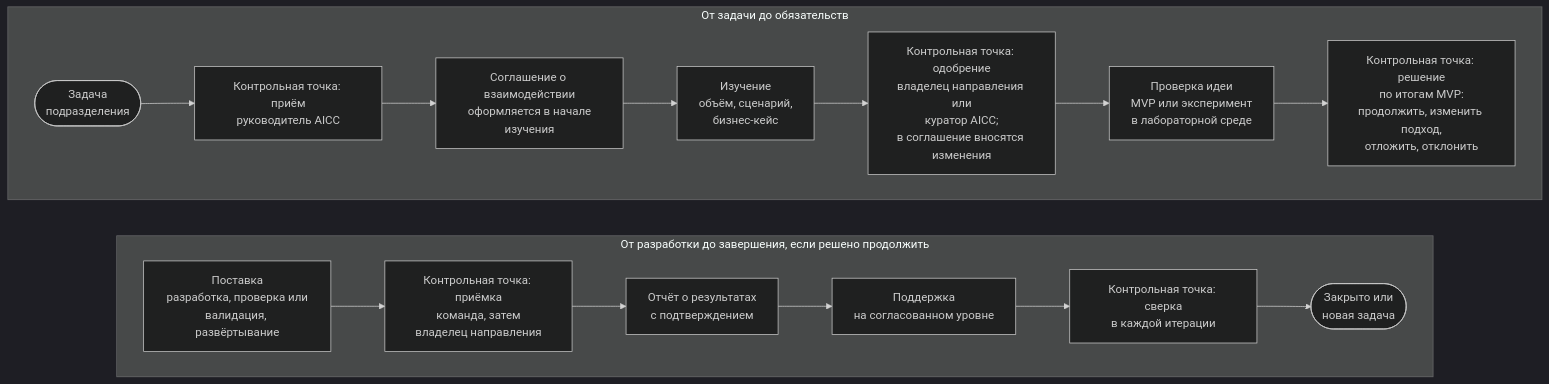
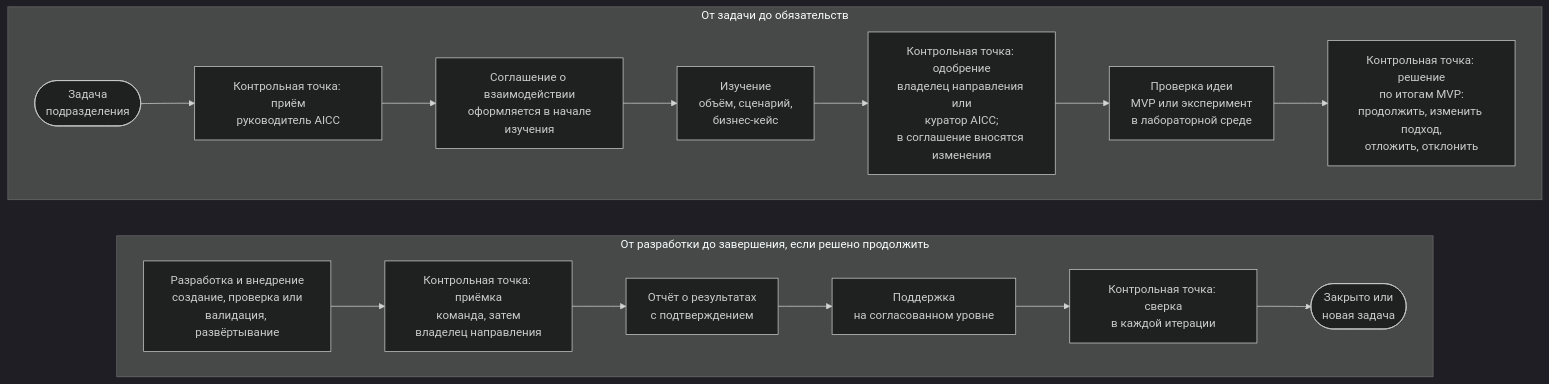
The diagram in portal/content/ru/about/how-we-work.md (devhogu/ob-aicc), drawn with Mermaid (dark theme) before and after one commit. The commit also changed other lines of this file and 142 other files, not shown here.

First line of the commit message:
Russian edition: «поставка» replaced by context (оказание услуг, разработка и внедрение, разработка, после внедрения); Cadence is «расписание работы»

````diff
--- a/portal/content/ru/about/how-we-work.md
+++ b/portal/content/ru/about/how-we-work.md
@@ -15,21 +15,21 @@
 ```mermaid
 flowchart TB
   subgraph ROW1["От задачи до обязательств"]
     direction LR
     C(["Задача<br/>подразделения"]) --> G1["Контрольная точка: приём<br/>руководитель AICC"]
     G1 --> SA["Соглашение о взаимодействии<br/>оформляется в начале<br/>изучения"]
     SA --> ST["Изучение<br/>объём, сценарий,<br/>бизнес-кейс"]
     ST --> G2["Контрольная точка: одобрение<br/>владелец направления или<br/>куратор AICC;<br/>в соглашение вносятся изменения"]
     G2 --> MV["Проверка идеи<br/>MVP или эксперимент<br/>в лабораторной среде"]
     MV --> G3["Контрольная точка: решение<br/>по итогам MVP:<br/>продолжить, изменить подход,<br/>отложить, отклонить"]
   end
   subgraph ROW2["От разработки до завершения, если решено продолжить"]
     direction LR
-    DL["Поставка<br/>разработка, проверка или<br/>валидация, развёртывание"] --> G4["Контрольная точка: приёмка<br/>команда, затем<br/>владелец направления"]
+    DL["Разработка и внедрение<br/>создание, проверка или<br/>валидация, развёртывание"] --> G4["Контрольная точка: приёмка<br/>команда, затем<br/>владелец направления"]
     G4 --> OR["Отчёт о результатах<br/>с подтверждением"]
     OR --> SP["Поддержка<br/>на согласованном уровне"]
     SP --> G5["Контрольная точка: сверка<br/>в каждой итерации"]
     G5 --> E(["Закрыто или<br/>новая задача"])
   end
   ROW1 ~~~ ROW2
 ```
````
